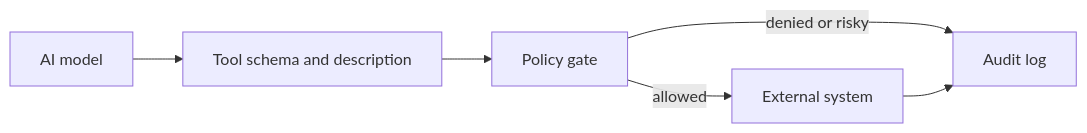
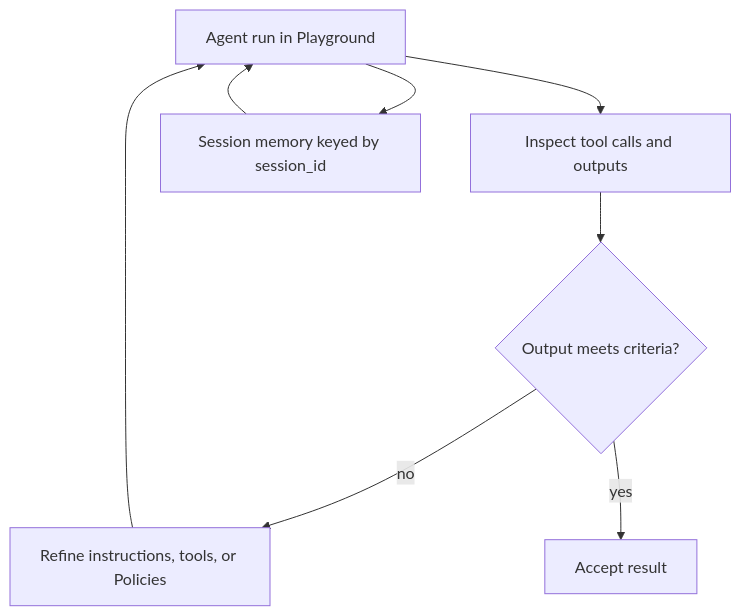
The eighth of 11 diagrams in book/chapters/chapter-02-from-agents-to-agentic-ai.md (naren-allam/agents-beginners), drawn with Mermaid before and after one commit. The commit also changed other lines of this file and 28 other files, not shown here.

````diff
--- a/book/chapters/chapter-02-from-agents-to-agentic-ai.md
+++ b/book/chapters/chapter-02-from-agents-to-agentic-ai.md
@@ -314,14 +239,17 @@
 ```mermaid
-flowchart LR
-    Model["AI model"]
-    ToolSchema["Tool schema and description"]
-    Policy["Policy gate"]
-    System["External system"]
-    Audit["Audit log"]
+flowchart TD
+    Run["Agent run in Playground"]
+    Trace["Inspect tool calls and outputs"]
+    Judge{"Output meets criteria?"}
+    Memory["Session memory keyed by session_id"]
+    Fix["Refine instructions, tools, or Policies"]
+    Done["Accept result"]
 
-    Model --> ToolSchema
-    ToolSchema --> Policy
-    Policy -- "allowed" --> System
-    Policy -- "denied or risky" --> Audit
-    System --> Audit
+    Run --> Trace
+    Trace --> Judge
+    Judge -- "no" --> Fix
+    Fix --> Run
+    Judge -- "yes" --> Done
+    Run --> Memory
+    Memory --> Run
 ```
````
